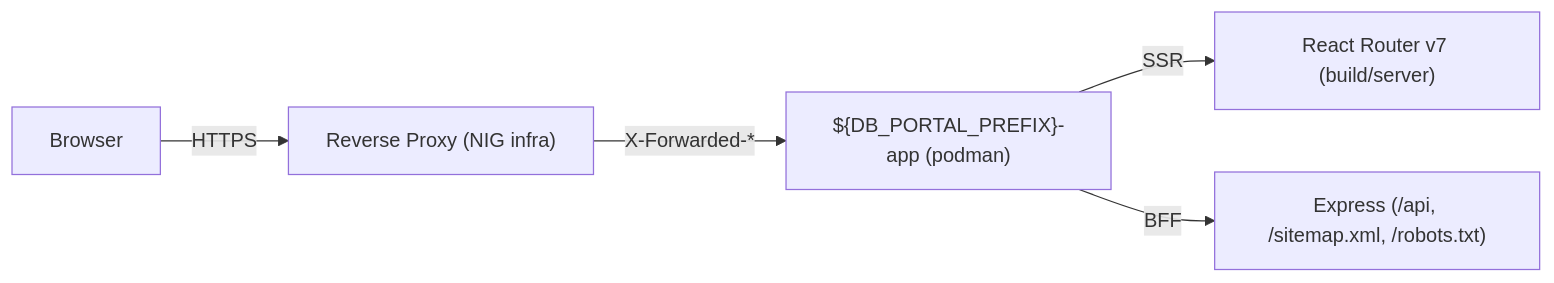
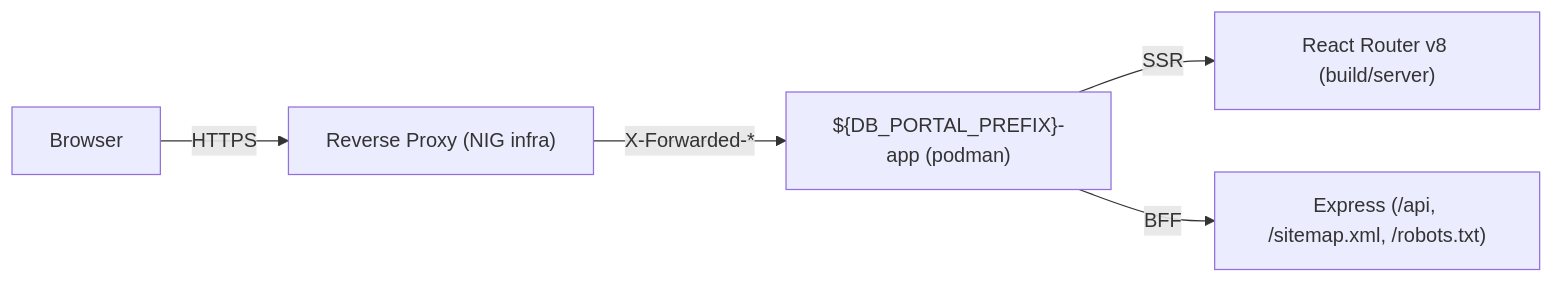
The second of 3 diagrams in docs/deployment.md (ddbj/db-portal), drawn with Mermaid before and after one commit. The commit also changed other lines of this file and 65 other files, not shown here.

Commit message:
Upgrade React Router to v8, Express to v5, and Zod to v4 (with Vite 8/Vitest 5/msw 3/Node 24), migrating the API usages and switching CSP nonce delivery from load context to a request header since v8 removed context from entry.server

````diff
--- a/docs/deployment.md
+++ b/docs/deployment.md
@@ -46,7 +46,7 @@
 ```mermaid
 flowchart LR
   browser["Browser"] -- "HTTPS" --> proxy["Reverse Proxy (NIG infra)"]
   proxy -- "X-Forwarded-*" --> app["${DB_PORTAL_PREFIX}-app (podman)"]
-  app -- "SSR" --> rr["React Router v7 (build/server)"]
+  app -- "SSR" --> rr["React Router v8 (build/server)"]
   app -- "BFF" --> express["Express (/api, /sitemap.xml, /robots.txt)"]
 ```
````
